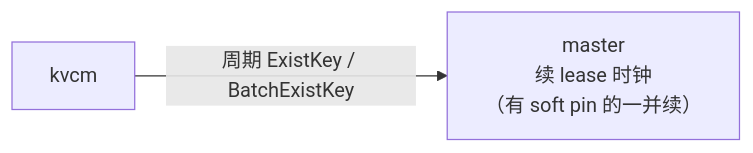
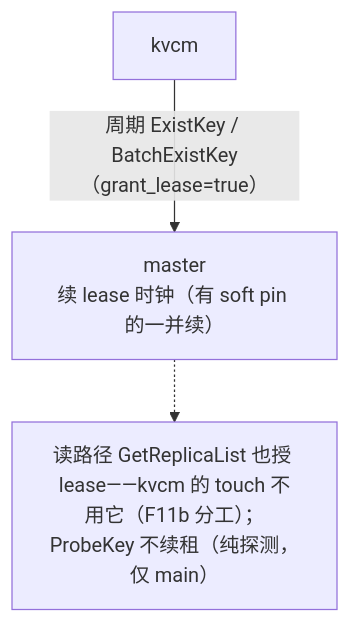
Before and after one commit to 5x8-40/lake: the fourth of 10 diagrams in kvcm/D2-kv-operations.md, drawn with Mermaid. The commit also changed other lines of this file, not shown here.

First line of the commit message:
docs(kvcm): 操作图解全方案覆盖——每操作画齐所有候选与排除项

````diff
--- a/kvcm/D2-kv-operations.md
+++ b/kvcm/D2-kv-operations.md
@@ -329,4 +331,6 @@
 ```mermaid
-flowchart LR
-    K["kvcm"] -->|"周期 ExistKey / BatchExistKey"| M["master<br/>续 lease 时钟<br/>（有 soft pin 的一并续）"]
+flowchart TB
+    K["kvcm"] -->|"周期 ExistKey / BatchExistKey（grant_lease=true）"| M["master<br/>续 lease 时钟（有 soft pin 的一并续）"]
+    N["读路径 GetReplicaList 也授 lease——kvcm 的 touch 不用它（F11b 分工）；<br/>ProbeKey 不续租（纯探测，仅 main）"]
+    M -.-> N
 ```
````
